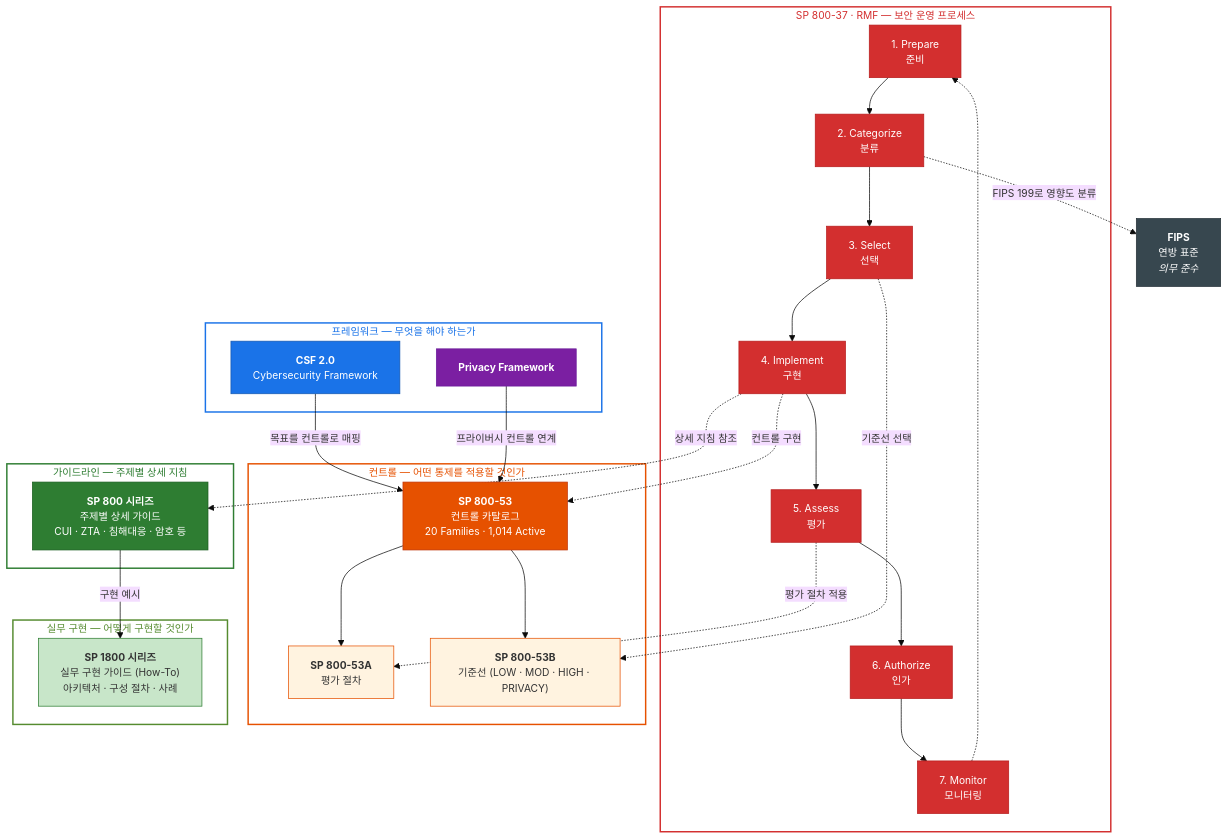
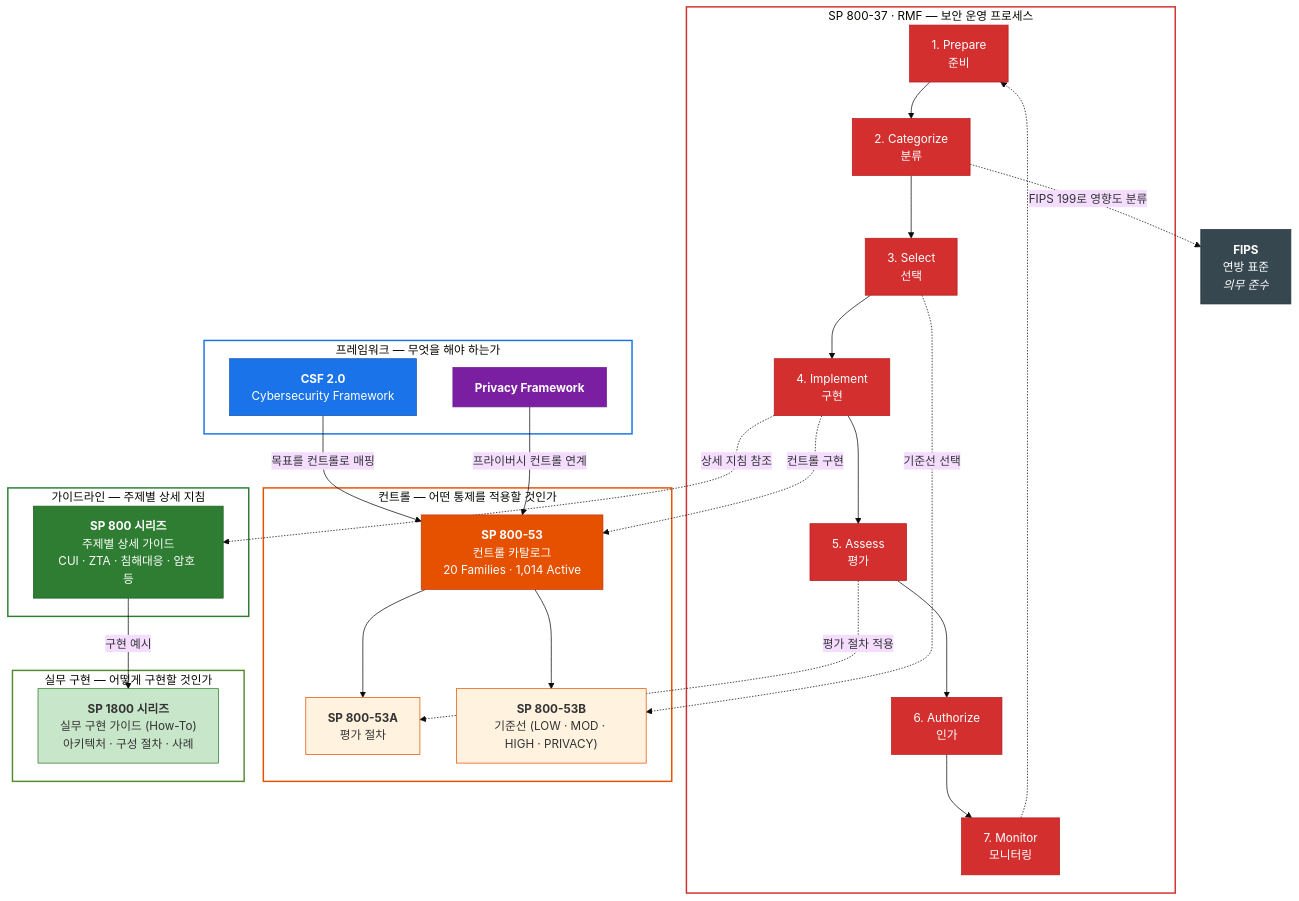
The second of 2 diagrams in NIST/README.md (zer0-kr/security-framework), drawn with Mermaid before and after one commit. The commit also changed other lines of this file and 1 other file, not shown here.

Commit message:
Fix Mermaid text: inline span style color on every node label
Mermaid style directive color:#fff is unreliable with Material theme.
Switched to securityLevel:loose + <span style='color:#fff'> directly
in each node label HTML. White text on dark nodes, dark on light nodes.

````diff
--- a/NIST/README.md
+++ b/NIST/README.md
@@ -76,69 +76,69 @@
 ```mermaid
-%%{init: {'theme': 'base', 'themeVariables': {'fontSize': '14px'}}}%%
+%%{init: {'securityLevel': 'loose', 'theme': 'base'}}%%
 flowchart TB
     subgraph L1["프레임워크 — 무엇을 해야 하는가"]
-        CSF["<b>CSF 2.0</b><br/>Cybersecurity Framework"]
-        PF["<b>Privacy Framework</b>"]
+        CSF["<span style='color:#fff'><b>CSF 2.0</b><br/>Cybersecurity Framework</span>"]
+        PF["<span style='color:#fff'><b>Privacy Framework</b></span>"]
     end
 
     subgraph RMF["SP 800-37 · RMF — 보안 운영 프로세스"]
-        R1["1. Prepare<br/>준비"]
-        R2["2. Categorize<br/>분류"]
-        R3["3. Select<br/>선택"]
-        R4["4. Implement<br/>구현"]
-        R5["5. Assess<br/>평가"]
-        R6["6. Authorize<br/>인가"]
-        R7["7. Monitor<br/>모니터링"]
+        R1["<span style='color:#fff'>1. Prepare<br/>준비</span>"]
+        R2["<span style='color:#fff'>2. Categorize<br/>분류</span>"]
+        R3["<span style='color:#fff'>3. Select<br/>선택</span>"]
+        R4["<span style='color:#fff'>4. Implement<br/>구현</span>"]
+        R5["<span style='color:#fff'>5. Assess<br/>평가</span>"]
+        R6["<span style='color:#fff'>6. Authorize<br/>인가</span>"]
+        R7["<span style='color:#fff'>7. Monitor<br/>모니터링</span>"]
         R1 --> R2 --> R3 --> R4 --> R5 --> R6 --> R7
         R7 -.-> R1
     end
 
     subgraph L2["컨트롤 — 어떤 통제를 적용할 것인가"]
-        CTRL["<b>SP 800-53</b><br/>컨트롤 카탈로그<br/>20 Families · 1,014 Active"]
-        ASSESS["<b>SP 800-53A</b><br/>평가 절차"]
-        BASE["<b>SP 800-53B</b><br/>기준선 (LOW · MOD · HIGH · PRIVACY)"]
+        CTRL["<span style='color:#fff'><b>SP 800-53</b><br/>컨트롤 카탈로그<br/>20 Families · 1,014 Active</span>"]
+        ASSESS["<span style='color:#333'><b>SP 800-53A</b><br/>평가 절차</span>"]
+        BASE["<span style='color:#333'><b>SP 800-53B</b><br/>기준선 (LOW · MOD · HIGH · PRIVACY)</span>"]
     end
 
     subgraph L3["가이드라인 — 주제별 상세 지침"]
-        SP800["<b>SP 800 시리즈</b><br/>주제별 상세 가이드<br/>CUI · ZTA · 침해대응 · 암호 등"]
+        SP800["<span style='color:#fff'><b>SP 800 시리즈</b><br/>주제별 상세 가이드<br/>CUI · ZTA · 침해대응 · 암호 등</span>"]
     end
 
     subgraph L4["실무 구현 — 어떻게 구현할 것인가"]
-        SP1800["<b>SP 1800 시리즈</b><br/>실무 구현 가이드 (How-To)<br/>아키텍처 · 구성 절차 · 사례"]
+        SP1800["<span style='color:#333'><b>SP 1800 시리즈</b><br/>실무 구현 가이드 (How-To)<br/>아키텍처 · 구성 절차 · 사례</span>"]
     end
 
-    FIPS["<b>FIPS</b><br/>연방 표준<br/><i>의무 준수</i>"]
+    FIPS["<span style='color:#fff'><b>FIPS</b><br/>연방 표준<br/><i>의무 준수</i></span>"]
 
     CSF -- "목표를 컨트롤로 매핑" --> CTRL
     PF -- "프라이버시 컨트롤 연계" --> CTRL
     CTRL --> ASSESS
     CTRL --> BASE
 
     R2 -. "FIPS 199로 영향도 분류" .-> FIPS
     R3 -. "기준선 선택" .-> BASE
     R4 -. "컨트롤 구현" .-> CTRL
     R4 -. "상세 지침 참조" .-> SP800
     R5 -. "평가 절차 적용" .-> ASSESS
     SP800 -- "구현 예시" --> SP1800
 
-    style L1 fill:none,stroke:#1a73e8,stroke-width:2px,color:#1a73e8
-    style RMF fill:none,stroke:#d32f2f,stroke-width:2px,color:#d32f2f
-    style L2 fill:none,stroke:#e65100,stroke-width:2px,color:#e65100
-    style L3 fill:none,stroke:#2e7d32,stroke-width:2px,color:#2e7d32
-    style L4 fill:none,stroke:#558b2f,stroke-width:2px,color:#558b2f
-    style CSF fill:#1a73e8,stroke:#1558b0,color:#fff
-    style PF fill:#7b1fa2,stroke:#6a1b9a,color:#fff
-    style CTRL fill:#e65100,stroke:#bf360c,color:#fff
-    style ASSESS fill:#fff3e0,stroke:#e65100,color:#333
-    style BASE fill:#fff3e0,stroke:#e65100,color:#333
-    style SP800 fill:#2e7d32,stroke:#1b5e20,color:#fff
-    style SP1800 fill:#c8e6c9,stroke:#2e7d32,color:#333
-    style FIPS fill:#37474f,stroke:#263238,color:#fff
-    style R1 fill:#d32f2f,stroke:#b71c1c,color:#fff
-    style R2 fill:#d32f2f,stroke:#b71c1c,color:#fff
-    style R3 fill:#d32f2f,stroke:#b71c1c,color:#fff
-    style R4 fill:#d32f2f,stroke:#b71c1c,color:#fff
-    style R5 fill:#d32f2f,stroke:#b71c1c,color:#fff
-    style R6 fill:#d32f2f,stroke:#b71c1c,color:#fff
-    style R7 fill:#d32f2f,stroke:#b71c1c,color:#fff
+    style L1 fill:none,stroke:#1a73e8,stroke-width:2px
+    style RMF fill:none,stroke:#d32f2f,stroke-width:2px
+    style L2 fill:none,stroke:#e65100,stroke-width:2px
+    style L3 fill:none,stroke:#2e7d32,stroke-width:2px
+    style L4 fill:none,stroke:#558b2f,stroke-width:2px
+    style CSF fill:#1a73e8,stroke:#1558b0
+    style PF fill:#7b1fa2,stroke:#6a1b9a
+    style CTRL fill:#e65100,stroke:#bf360c
+    style ASSESS fill:#fff3e0,stroke:#e65100
+    style BASE fill:#fff3e0,stroke:#e65100
+    style SP800 fill:#2e7d32,stroke:#1b5e20
+    style SP1800 fill:#c8e6c9,stroke:#2e7d32
+    style FIPS fill:#37474f,stroke:#263238
+    style R1 fill:#d32f2f,stroke:#b71c1c
+    style R2 fill:#d32f2f,stroke:#b71c1c
+    style R3 fill:#d32f2f,stroke:#b71c1c
+    style R4 fill:#d32f2f,stroke:#b71c1c
+    style R5 fill:#d32f2f,stroke:#b71c1c
+    style R6 fill:#d32f2f,stroke:#b71c1c
+    style R7 fill:#d32f2f,stroke:#b71c1c
 ```
````
